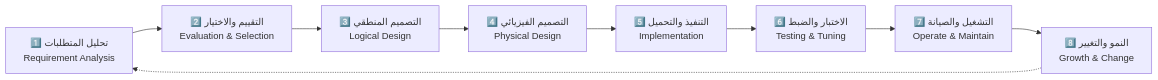
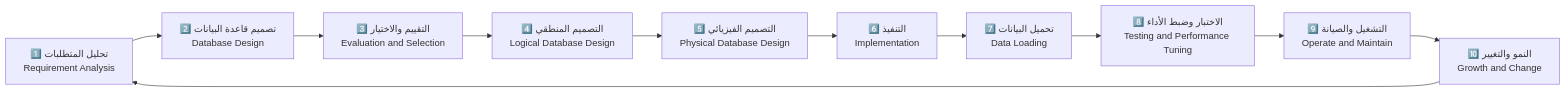
Before and after one commit to mosaa65/-: the first of 10 diagrams in bigdata_exam_answers.md, drawn with Mermaid.

````diff
--- a/bigdata_exam_answers.md
+++ b/bigdata_exam_answers.md
@@ -89,11 +89,8 @@
 ```mermaid
 flowchart LR
-    A["1️⃣ تحليل المتطلبات<br/>Requirement Analysis"] --> B["2️⃣ التقييم والاختيار<br/>Evaluation & Selection"]
-    B --> C["3️⃣ التصميم المنطقي<br/>Logical Design"]
-    C --> D["4️⃣ التصميم الفيزيائي<br/>Physical Design"]
-    D --> E["5️⃣ التنفيذ والتحميل<br/>Implementation"]
-    E --> F["6️⃣ الاختبار والضبط<br/>Testing & Tuning"]
-    F --> G["7️⃣ التشغيل والصيانة<br/>Operate & Maintain"]
-    G --> H["8️⃣ النمو والتغيير<br/>Growth & Change"]
-    H -.-> A
+    RA["1️⃣ تحليل المتطلبات<br/>Requirement Analysis"] --> DD["2️⃣ تصميم قاعدة البيانات<br/>Database Design"] --> ES["3️⃣ التقييم والاختيار<br/>Evaluation and Selection"]
+    ES --> LD["4️⃣ التصميم المنطقي<br/>Logical Database Design"] --> PD["5️⃣ التصميم الفيزيائي<br/>Physical Database Design"]
+    PD --> IM["6️⃣ التنفيذ<br/>Implementation"] --> DL["7️⃣ تحميل البيانات<br/>Data Loading"]
+    DL --> TT["8️⃣ الاختبار وضبط الأداء<br/>Testing and Performance Tuning"] --> OM["9️⃣ التشغيل والصيانة<br/>Operate and Maintain"]
+    OM --> GC["🔟 النمو والتغيير<br/>Growth and Change"] --> RA
 ```
````
